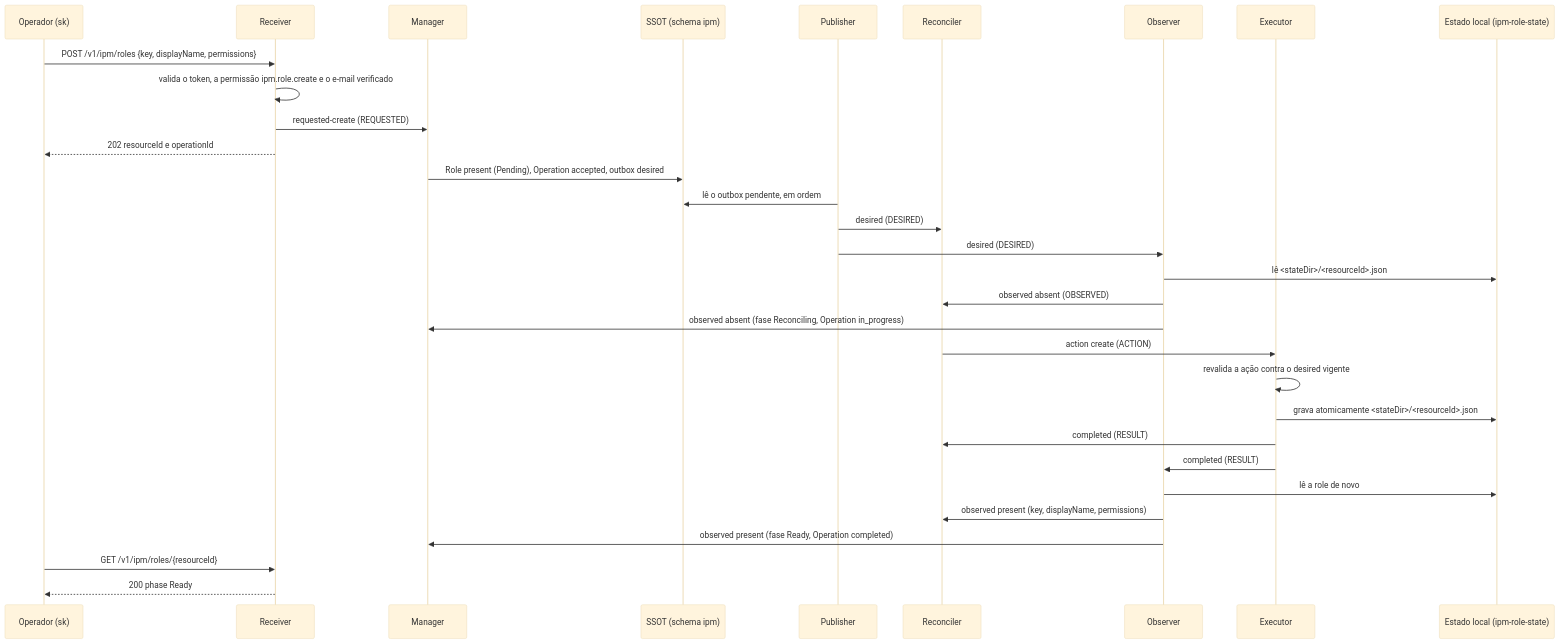
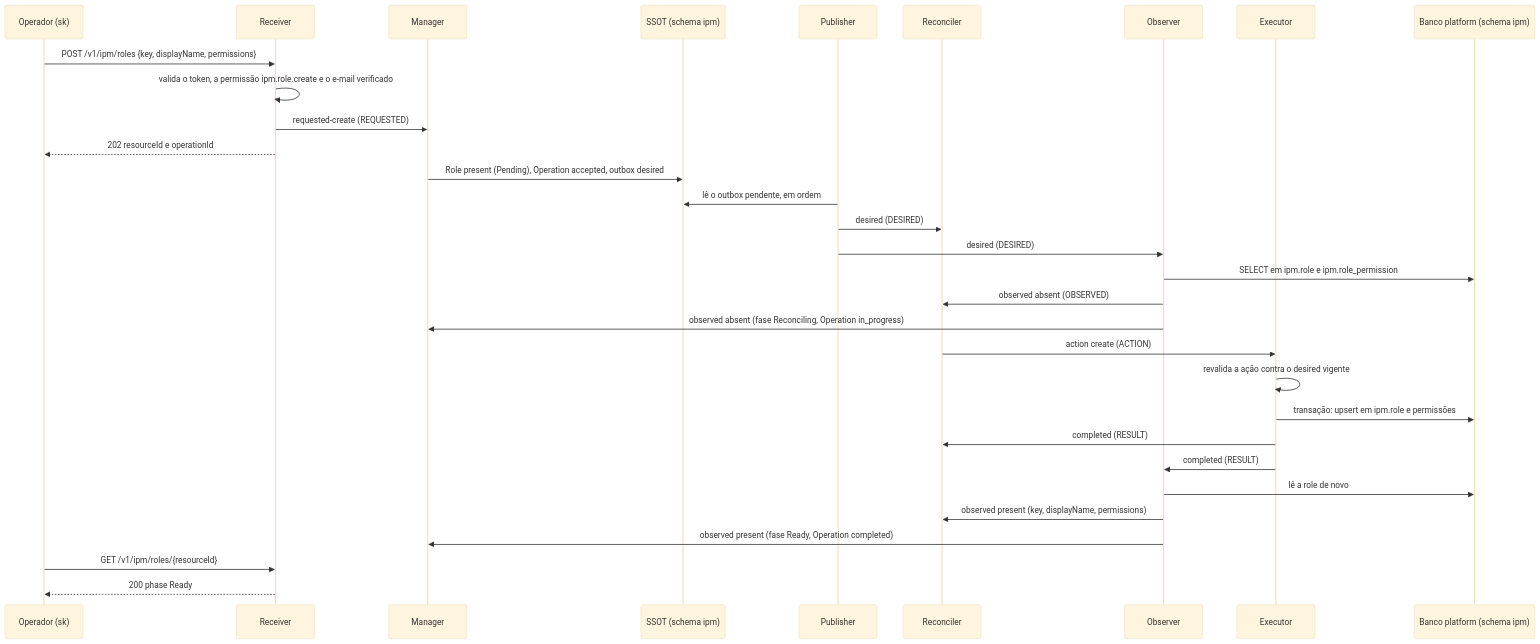
The diagram in features/ipm/role/docs/flow/01-criar-role.mmd (danielsabatini/smarkee), drawn with Mermaid (base theme) before and after one commit. The commit also changed 41 other files, not shown here.

Commit message:
feat(ipm): ipm/role usa o banco platform como plano de dados multi-tenant (decisao 0086)

```diff
--- a/features/ipm/role/docs/flow/01-criar-role.mmd
+++ b/features/ipm/role/docs/flow/01-criar-role.mmd
@@ -1,31 +1,31 @@
 sequenceDiagram
   participant U as Operador (sk)
   participant R as Receiver
   participant M as Manager
   participant DB as SSOT (schema ipm)
   participant P as Publisher
   participant REC as Reconciler
   participant OB as Observer
   participant EX as Executor
-  participant ST as Estado local (ipm-role-state)
+  participant ST as Banco platform (schema ipm)
   U->>R: POST /v1/ipm/roles {key, displayName, permissions}
   R->>R: valida o token, a permissão ipm.role.create e o e-mail verificado
   R->>M: requested-create (REQUESTED)
   R-->>U: 202 resourceId e operationId
   M->>DB: Role present (Pending), Operation accepted, outbox desired
   P->>DB: lê o outbox pendente, em ordem
   P->>REC: desired (DESIRED)
   P->>OB: desired (DESIRED)
-  OB->>ST: lê <stateDir>/<resourceId>.json
+  OB->>ST: SELECT em ipm.role e ipm.role_permission
   OB->>REC: observed absent (OBSERVED)
   OB->>M: observed absent (fase Reconciling, Operation in_progress)
   REC->>EX: action create (ACTION)
   EX->>EX: revalida a ação contra o desired vigente
-  EX->>ST: grava atomicamente <stateDir>/<resourceId>.json
+  EX->>ST: transação: upsert em ipm.role e permissões
   EX->>REC: completed (RESULT)
   EX->>OB: completed (RESULT)
   OB->>ST: lê a role de novo
   OB->>REC: observed present (key, displayName, permissions)
   OB->>M: observed present (fase Ready, Operation completed)
   U->>R: GET /v1/ipm/roles/{resourceId}
   R-->>U: 200 phase Ready
```
